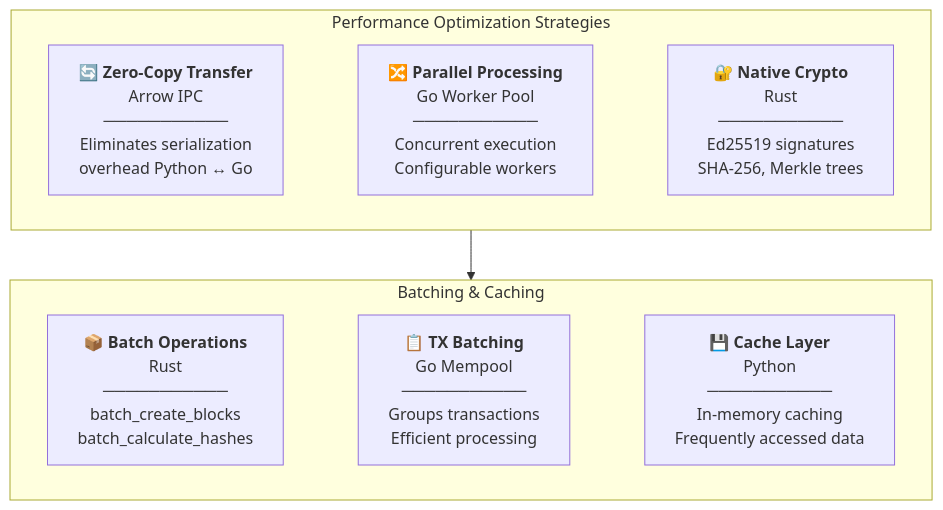
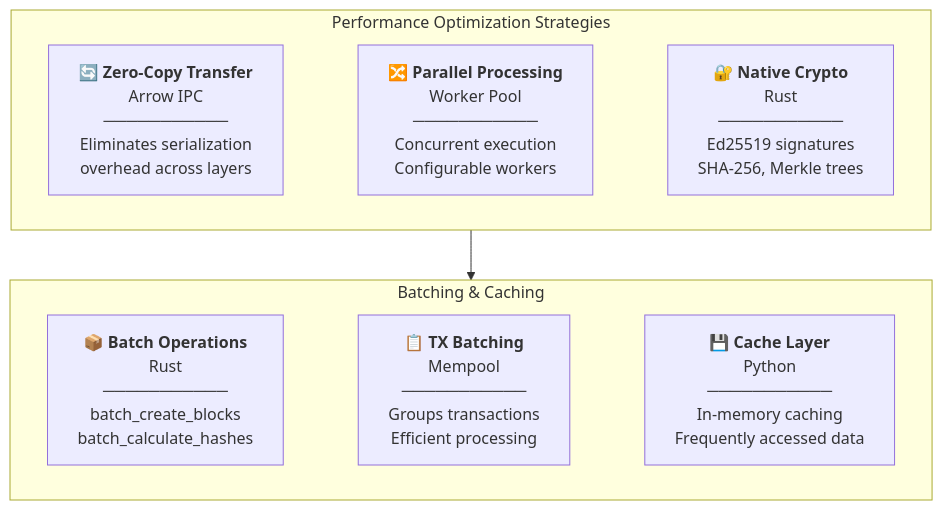
One commit to VanDung-dev/HieraChain changed diagram 12 of 14 in ARCHITECTURE.md. Above: the diagram before and after it, drawn with Mermaid. The commit also changed other lines of this file and 2 other files, not shown here.

````diff
--- a/ARCHITECTURE.md
+++ b/ARCHITECTURE.md
@@ -504,18 +431,18 @@
 ```mermaid
 flowchart TB
     subgraph Performance["Performance Optimization Strategies"]
-        L1["🔄 <b>Zero-Copy Transfer</b><br/>Arrow IPC<br/>───────────<br/>Eliminates serialization<br/>overhead Python ↔ Go"]
-        L2["🔀 <b>Parallel Processing</b><br/>Go Worker Pool<br/>───────────<br/>Concurrent execution<br/>Configurable workers"]
+        L1["🔄 <b>Zero-Copy Transfer</b><br/>Arrow IPC<br/>───────────<br/>Eliminates serialization<br/>overhead across layers"]
+        L2["🔀 <b>Parallel Processing</b><br/>Worker Pool<br/>───────────<br/>Concurrent execution<br/>Configurable workers"]
         L3["🔐 <b>Native Crypto</b><br/>Rust<br/>───────────<br/>Ed25519 signatures<br/>SHA-256, Merkle trees"]
         L1 ~~~ L2 ~~~ L3
     end
 
     subgraph Batching["Batching & Caching"]
         L4["📦 <b>Batch Operations</b><br/>Rust<br/>───────────<br/>batch_create_blocks<br/>batch_calculate_hashes"]
-        L5["📋 <b>TX Batching</b><br/>Go Mempool<br/>───────────<br/>Groups transactions<br/>Efficient processing"]
+        L5["📋 <b>TX Batching</b><br/>Mempool<br/>───────────<br/>Groups transactions<br/>Efficient processing"]
         L6["💾 <b>Cache Layer</b><br/>Python<br/>───────────<br/>In-memory caching<br/>Frequently accessed data"]
         L4 ~~~ L5 ~~~ L6
     end
 
     Performance --> Batching
 ```
````
